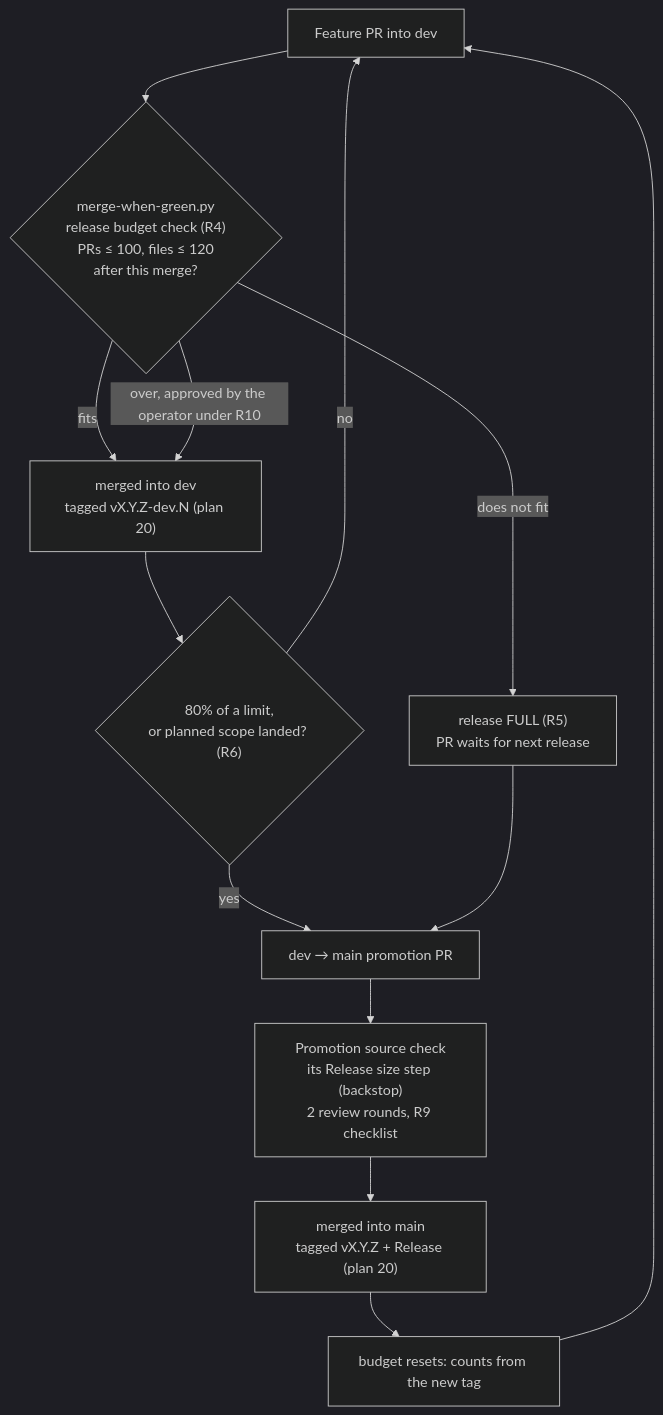
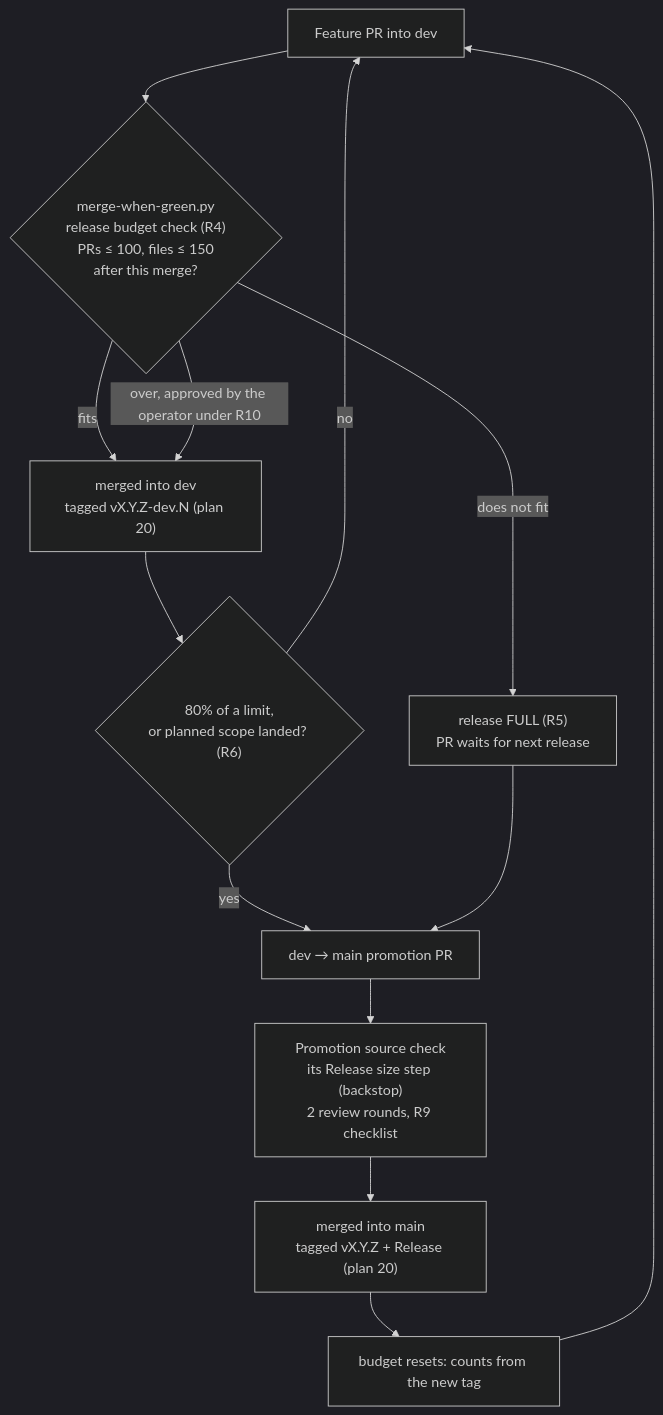
One commit to uhstray-io/agent-cloud changed the diagram in plan/architecture/10-release-policy.md. Above: the diagram before and after it, drawn with Mermaid (dark theme). The commit also changed other lines of this file and 8 other files, not shown here.

````diff
--- a/plan/architecture/10-release-policy.md
+++ b/plan/architecture/10-release-policy.md
@@ -92,15 +92,15 @@
 ```mermaid
 flowchart TD
-    PR["Feature PR into dev"] --> G{"merge-when-green.py<br/>release budget check (R4)<br/>PRs ≤ 100, files ≤ 120<br/>after this merge?"}
+    PR["Feature PR into dev"] --> G{"merge-when-green.py<br/>release budget check (R4)<br/>PRs ≤ 100, files ≤ 150<br/>after this merge?"}
     G -->|fits| DEV["merged into dev<br/>tagged vX.Y.Z-dev.N (plan 20)"]
     G -->|does not fit| FULL["release FULL (R5)<br/>PR waits for next release"]
     G -->|over, approved by the operator under R10| DEV
     DEV --> T{"80% of a limit,<br/>or planned scope landed? (R6)"}
     T -->|no| PR
     T -->|yes| PROMO["dev → main promotion PR"]
     FULL --> PROMO
     PROMO --> CHK["Promotion source check<br/>its Release size step (backstop)<br/>2 review rounds, R9 checklist"]
     CHK --> MAIN["merged into main<br/>tagged vX.Y.Z + Release (plan 20)"]
     MAIN --> RESET["budget resets: counts from the new tag"]
     RESET --> PR
 ```
````
